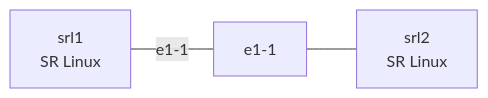
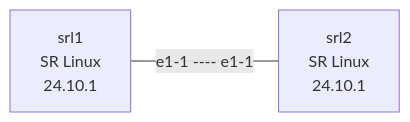
One commit to lourencovales/kubecraft-networking changed the diagram in lessons/clab/01-containerlab-primer/README.md. Above: the diagram before and after it, drawn with Mermaid. The commit also changed other lines of this file and 8 other files, not shown here.

````diff
--- a/lessons/clab/01-containerlab-primer/README.md
+++ b/lessons/clab/01-containerlab-primer/README.md
@@ -173,4 +173,4 @@
 ```mermaid
 graph LR
-    srl1[srl1<br/>SR Linux] -- e1-1 --- e1-1 --- srl2[srl2<br/>SR Linux]
+    srl1[srl1<br/>SR Linux<br/>24.10.1] -- "e1-1 ---- e1-1" --- srl2[srl2<br/>SR Linux<br/>24.10.1]
 ```
````
